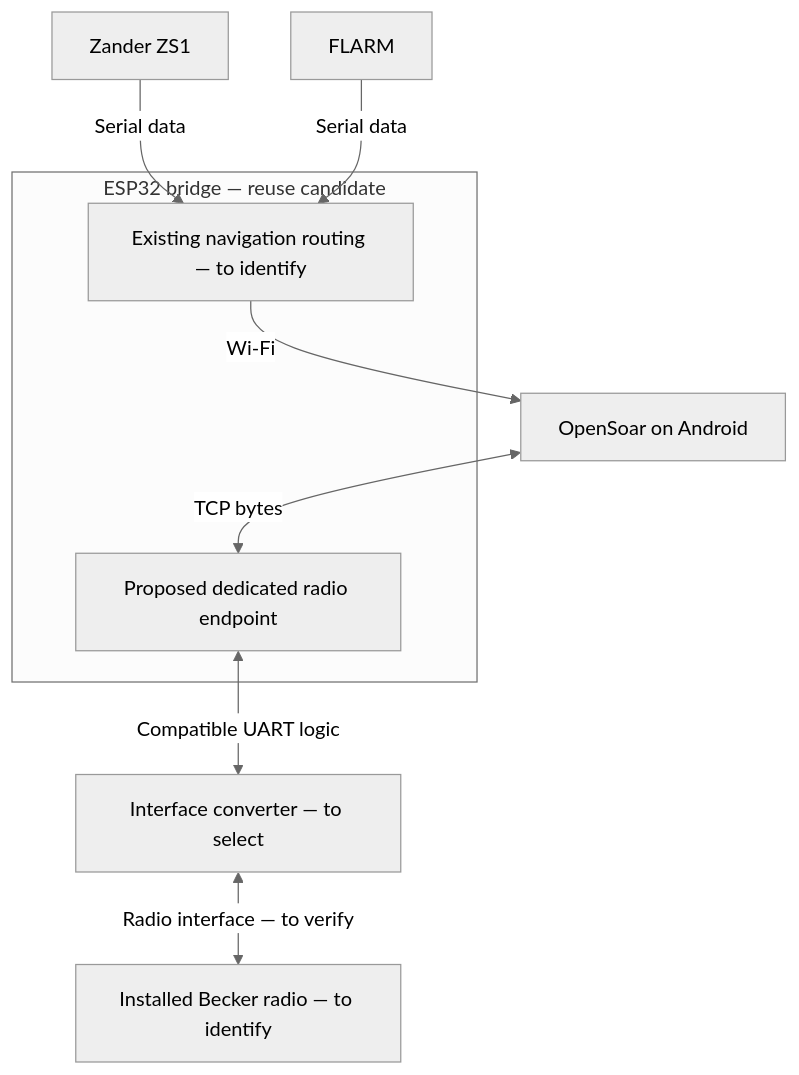
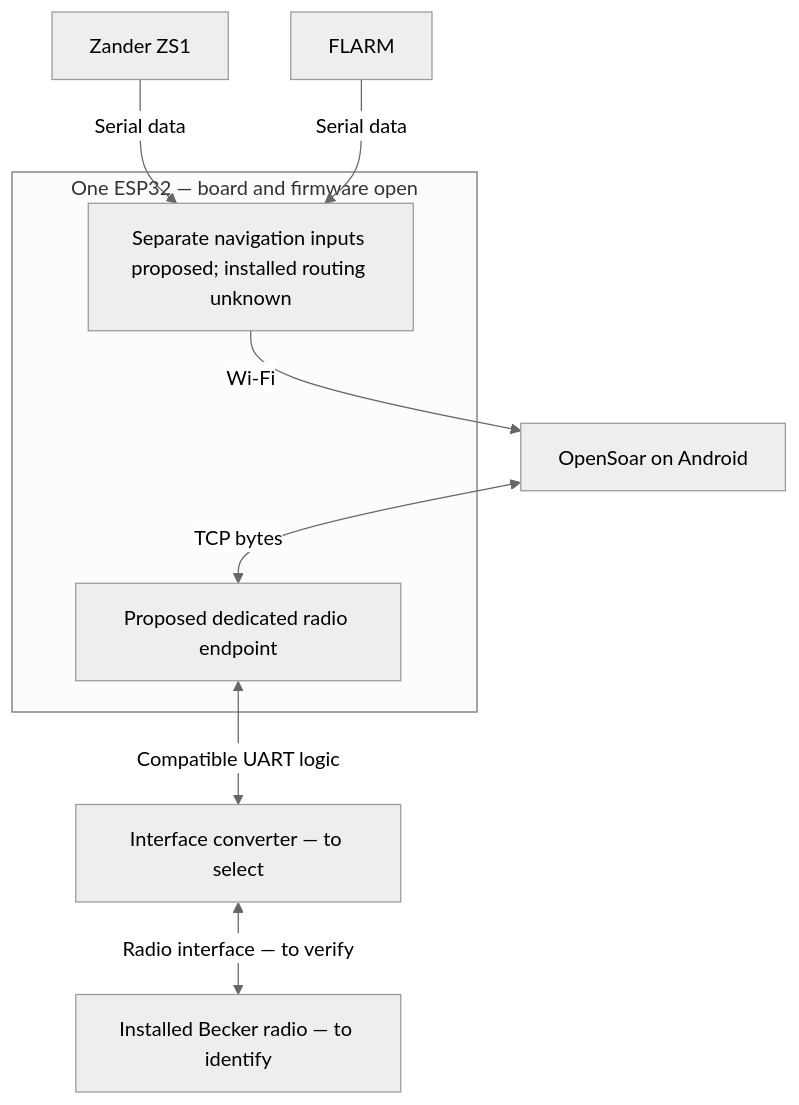
Before and after one commit to MomoRC-tech/Becker-AR6201-to-OpenSoar: the diagram in docs/architecture.md, drawn with Mermaid (neutral theme). The commit also changed other lines of this file and 4 other files, not shown here.

Commit message:
docs: agree project goals and propose one-ESP32 hardware and cabling

````diff
--- a/docs/architecture.md
+++ b/docs/architecture.md
@@ -7,13 +7,13 @@
 ```mermaid
 flowchart TD
     Zander["Zander ZS1"] -->|Serial data| Nav
     FLARM["FLARM"] -->|Serial data| Nav
-    subgraph ESP32["ESP32 bridge — reuse candidate"]
-        Nav["Existing navigation routing — to identify"]
+    subgraph ESP32["One ESP32 — board and firmware open"]
+        Nav["Separate navigation inputs proposed; installed routing unknown"]
         RadioLink["Proposed dedicated radio endpoint"]
     end
     Nav -->|Wi-Fi| OpenSoar["OpenSoar on Android"]
     OpenSoar <-->|TCP bytes| RadioLink
     RadioLink <-->|Compatible UART logic| Transceiver["Interface converter — to select"]
     Transceiver <-->|Radio interface — to verify| Becker["Installed Becker radio — to identify"]
 ```
````
